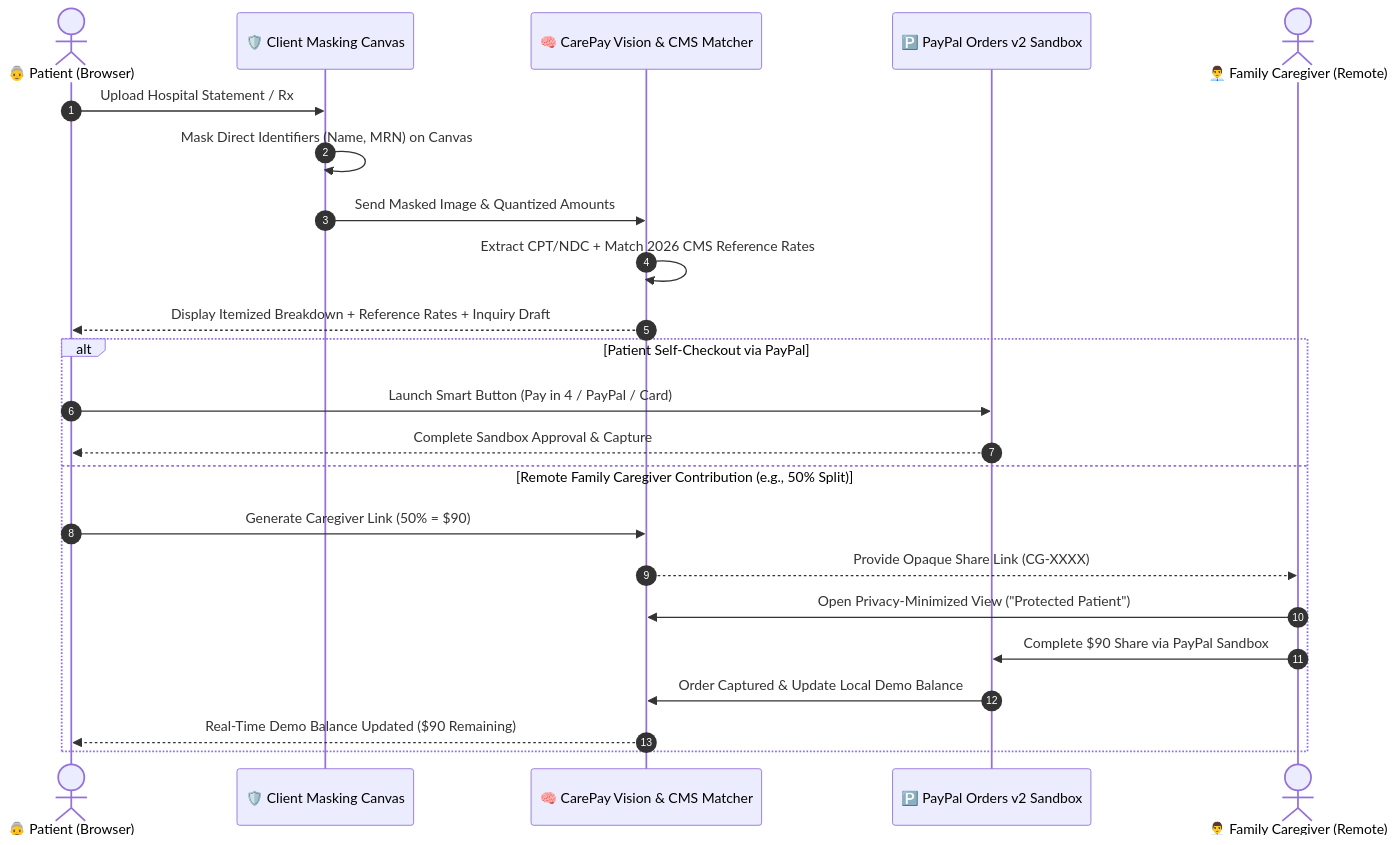
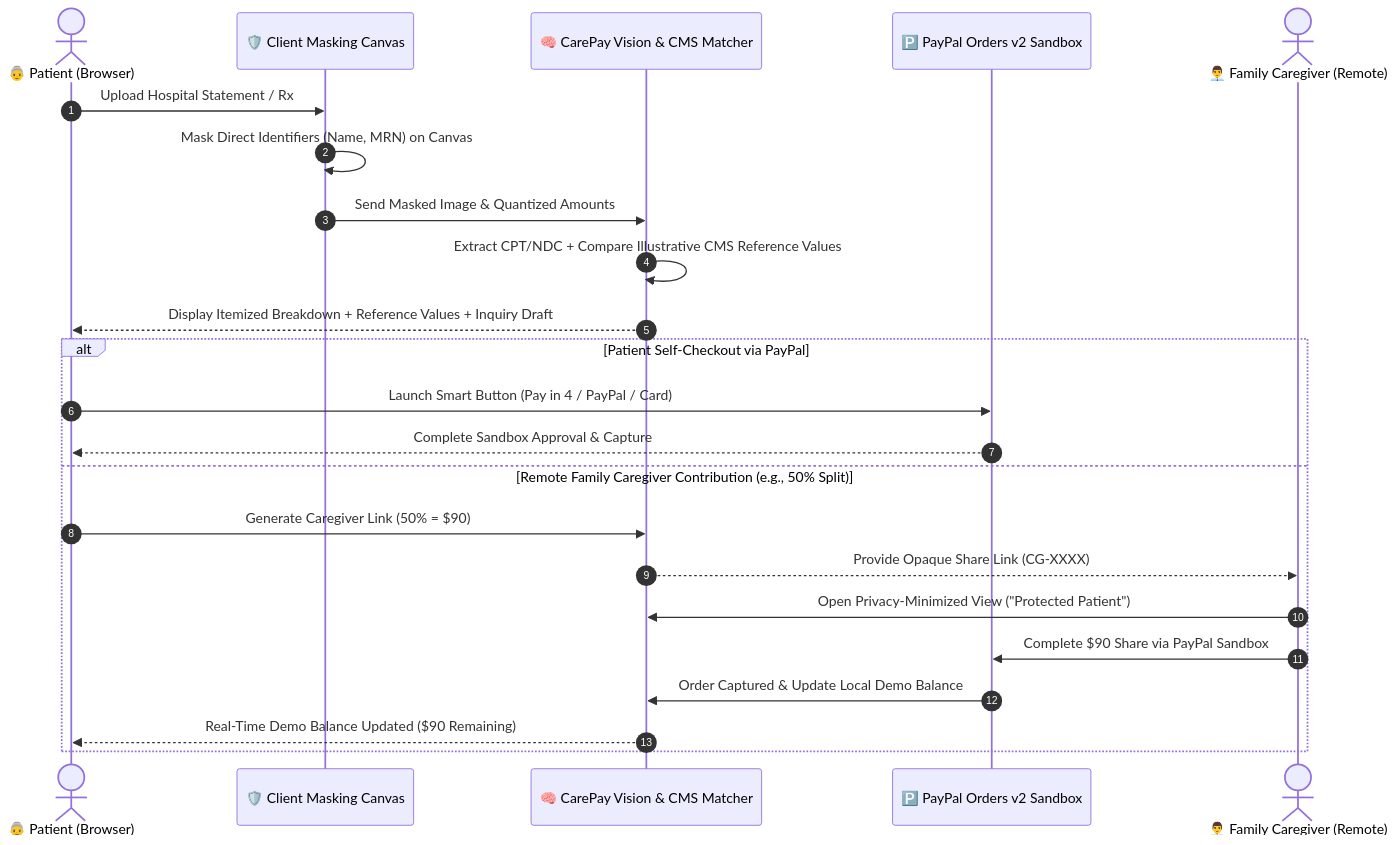
One commit to Lainholic/CareFree changed the second of 2 diagrams in README.md. Above: the diagram before and after it, drawn with Mermaid. The commit also changed other lines of this file and 1 other file, not shown here.

Commit message:
fix(carepay): apply Sol review patches (sandbox enforcement, pre-capture ledger guard, and illustrative CMS/HSA sample wording)

````diff
--- a/README.md
+++ b/README.md
@@ -56,27 +56,27 @@
 ```mermaid
 sequenceDiagram
     autonumber
     actor Patient as 👵 Patient (Browser)
     participant Edge as 🛡️ Client Masking Canvas
     participant AI as 🧠 CarePay Vision & CMS Matcher
     participant PayPal as 🅿️ PayPal Orders v2 Sandbox
     actor Caregiver as 👨‍💼 Family Caregiver (Remote)
 
     Patient->>Edge: Upload Hospital Statement / Rx
     Edge->>Edge: Mask Direct Identifiers (Name, MRN) on Canvas
     Edge->>AI: Send Masked Image & Quantized Amounts
-    AI->>AI: Extract CPT/NDC + Match 2026 CMS Reference Rates
-    AI-->>Patient: Display Itemized Breakdown + Reference Rates + Inquiry Draft
+    AI->>AI: Extract CPT/NDC + Compare Illustrative CMS Reference Values
+    AI-->>Patient: Display Itemized Breakdown + Reference Values + Inquiry Draft
     
     alt Patient Self-Checkout via PayPal
         Patient->>PayPal: Launch Smart Button (Pay in 4 / PayPal / Card)
         PayPal-->>Patient: Complete Sandbox Approval & Capture
     else Remote Family Caregiver Contribution (e.g., 50% Split)
         Patient->>AI: Generate Caregiver Link (50% = $90)
         AI-->>Caregiver: Provide Opaque Share Link (CG-XXXX)
         Caregiver->>AI: Open Privacy-Minimized View ("Protected Patient")
         Caregiver->>PayPal: Complete $90 Share via PayPal Sandbox
         PayPal->>AI: Order Captured & Update Local Demo Balance
         AI-->>Patient: Real-Time Demo Balance Updated ($90 Remaining)
     end
 ```
````
